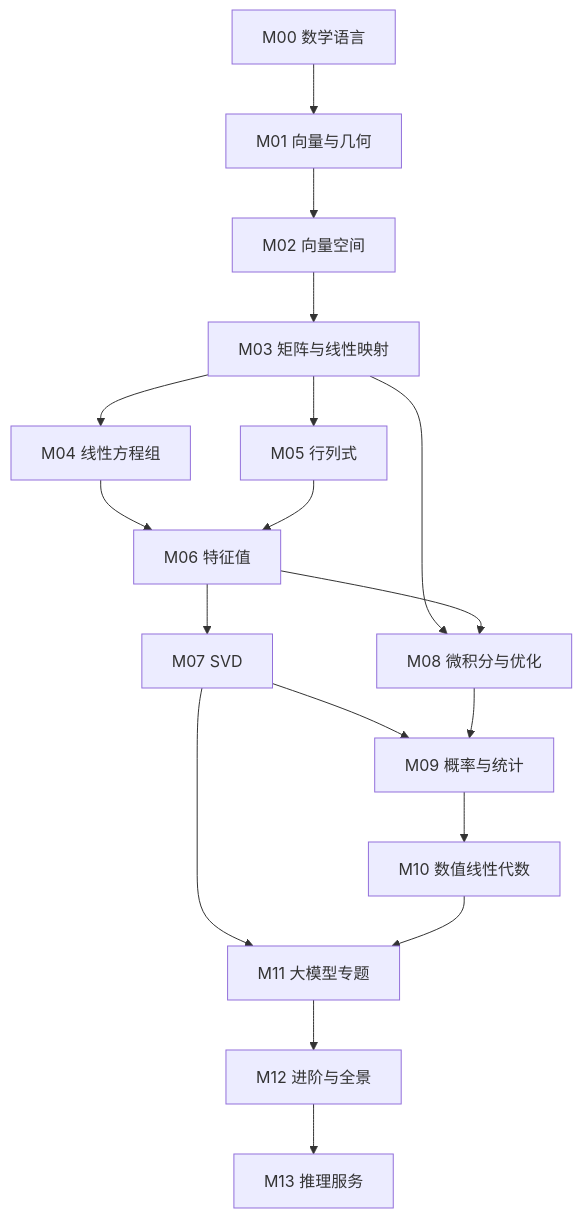
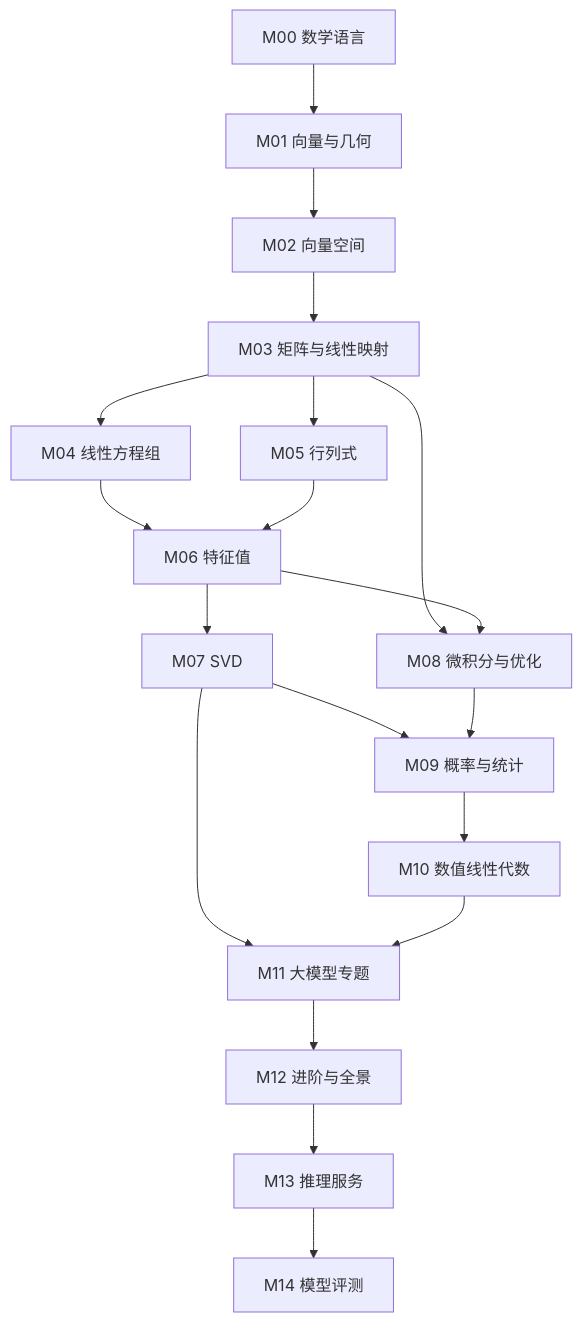
One commit to kingfs/Linear-Algebra-to-LLM changed the diagram in docs/学习地图.md. Above: the diagram before and after it, drawn with Mermaid. The commit also changed other lines of this file and 17 other files, not shown here.

````diff
--- a/docs/学习地图.md
+++ b/docs/学习地图.md
@@ -44,20 +45,21 @@
 ```mermaid
 flowchart TD
     M00[M00 数学语言] --> M01[M01 向量与几何]
     M01 --> M02[M02 向量空间]
     M02 --> M03[M03 矩阵与线性映射]
     M03 --> M04[M04 线性方程组]
     M03 --> M05[M05 行列式]
     M04 --> M06[M06 特征值]
     M05 --> M06
     M06 --> M07[M07 SVD]
     M03 --> M08[M08 微积分与优化]
     M06 --> M08
     M07 --> M09[M09 概率与统计]
     M08 --> M09
     M09 --> M10[M10 数值线性代数]
     M07 --> M11[M11 大模型专题]
     M10 --> M11
     M11 --> M12[M12 进阶与全景]
     M12 --> M13[M13 推理服务]
+    M13 --> M14[M14 模型评测]
 ```
````
